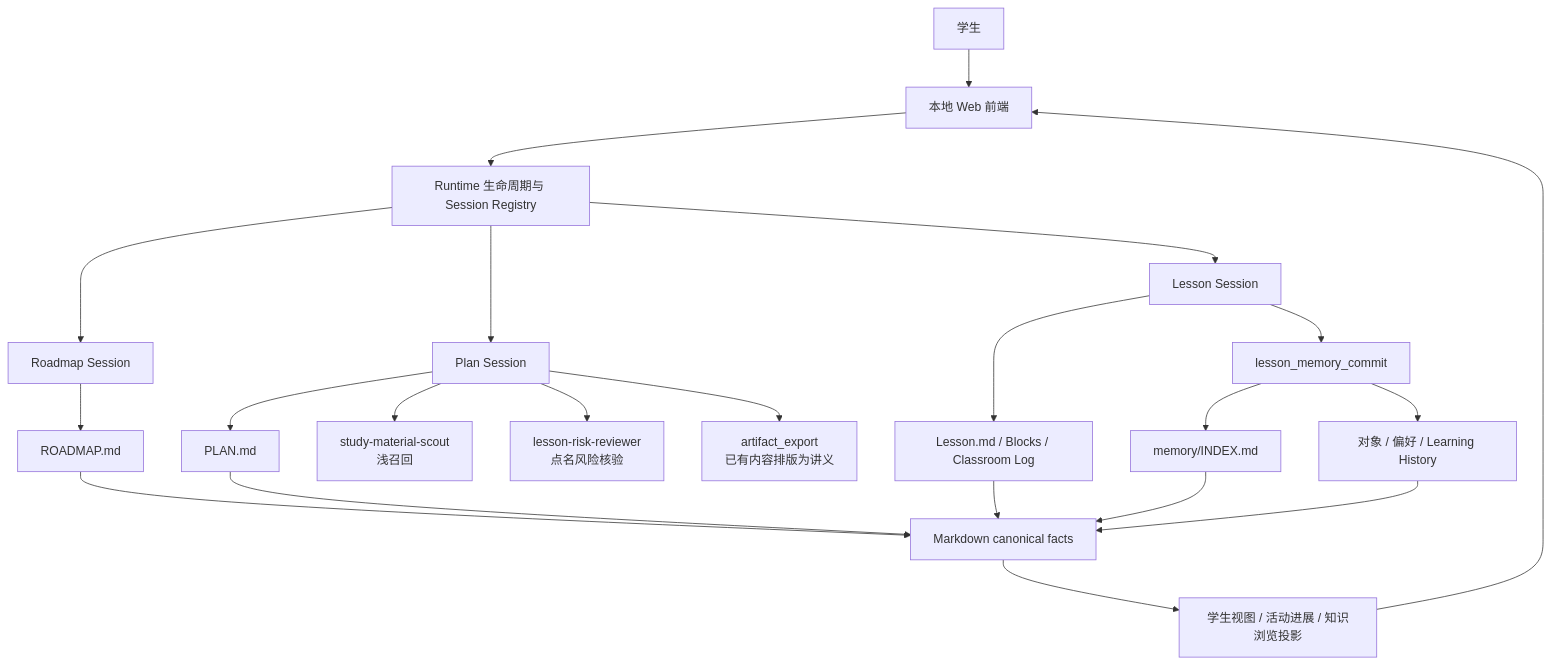
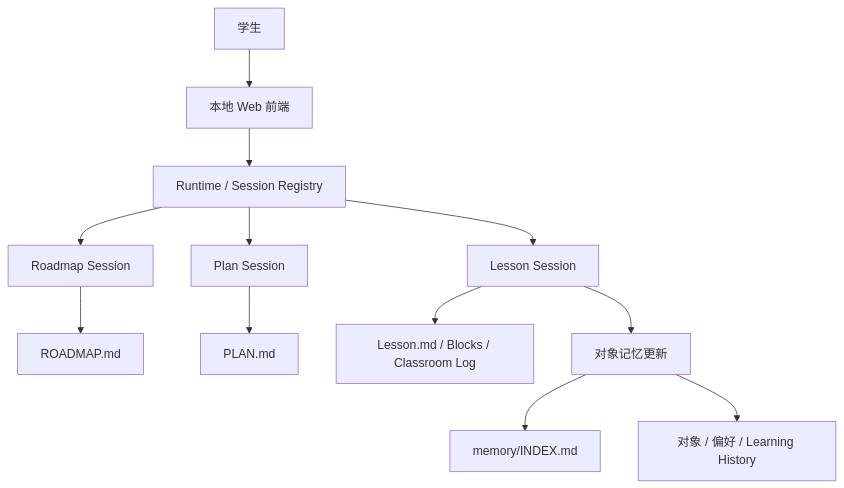
One commit to SunOfTheEast/highschool-study-claude-code changed the first of 2 diagrams in docs/superpowers/specs/2026-08-08-studyforge-m1b-north-star-architecture-design.md. Above: the diagram before and after it, drawn with Mermaid. The commit also changed other lines of this file and 1 other file, not shown here.

````diff
--- a/docs/superpowers/specs/2026-08-08-studyforge-m1b-north-star-architecture-design.md
+++ b/docs/superpowers/specs/2026-08-08-studyforge-m1b-north-star-architecture-design.md
@@ -118,25 +80,14 @@
 ```mermaid
 flowchart TB
     U["学生"] --> UI["本地 Web 前端"]
-    UI --> LC["Runtime 生命周期与 Session Registry"]
-
-    LC --> R["Roadmap Session"]
-    LC --> P["Plan Session"]
-    LC --> L["Lesson Session"]
-
+    UI --> RT["Runtime / Session Registry"]
+    RT --> R["Roadmap Session"]
+    RT --> P["Plan Session"]
+    RT --> L["Lesson Session"]
     R --> RF["ROADMAP.md"]
     P --> PF["PLAN.md"]
     L --> LF["Lesson.md / Blocks / Classroom Log"]
-
-    P --> S["study-material-scout\n浅召回"]
-    P --> V["lesson-risk-reviewer\n点名风险核验"]
-    P --> H["artifact_export\n已有内容排版为讲义"]
-
-    L --> M["lesson_memory_commit"]
+    L --> M["对象记忆更新"]
     M --> MI["memory/INDEX.md"]
     M --> MO["对象 / 偏好 / Learning History"]
-
-    RF & PF & LF & MI & MO --> FS["Markdown canonical facts"]
-    FS --> PROJ["学生视图 / 活动进展 / 知识浏览投影"]
-    PROJ --> UI
 ```
````
